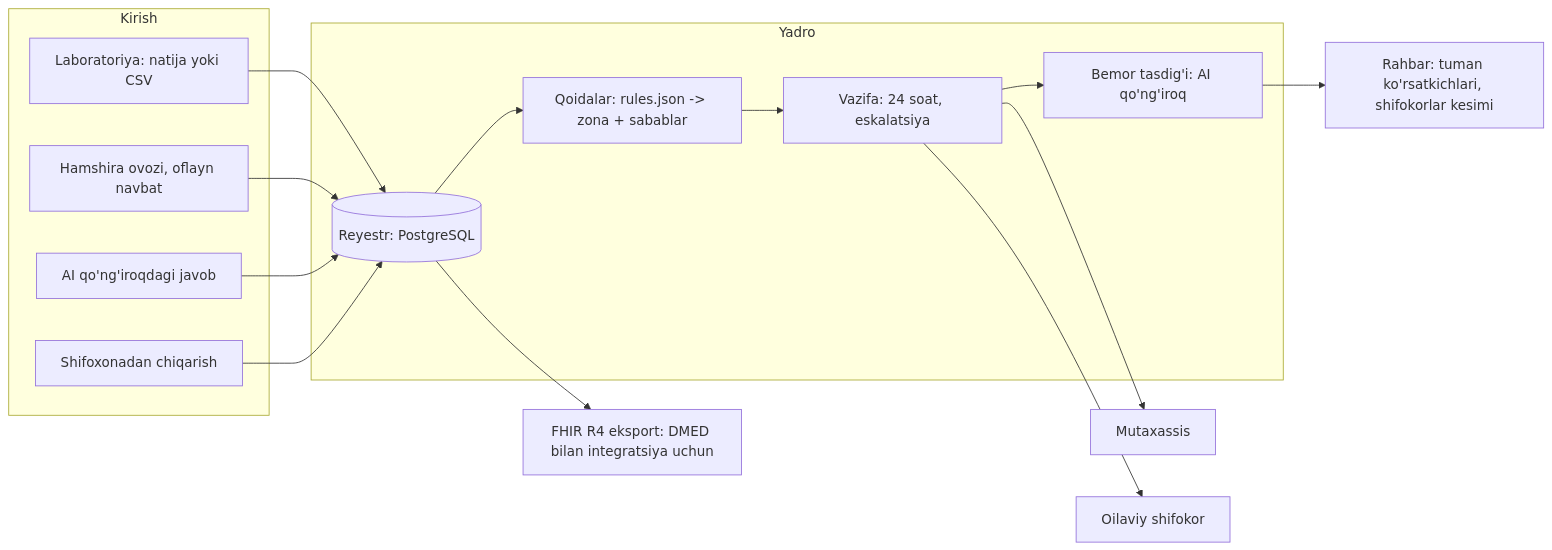
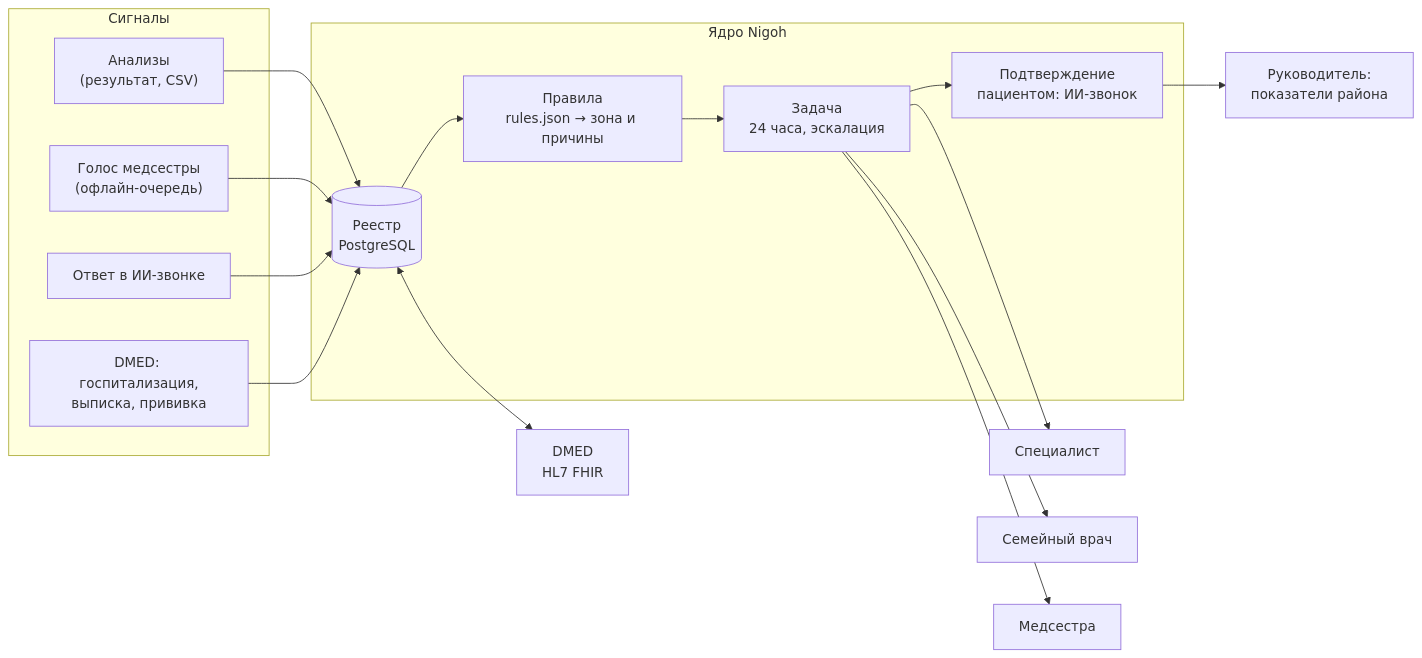
One commit to emilkadelaetsuuur/mehr-ai changed the diagram in README.md. Above: the diagram before and after it, drawn with Mermaid. The commit also changed other lines of this file and 14 other files, not shown here.

````diff
--- a/README.md
+++ b/README.md
@@ -26,18 +56,18 @@
 ```mermaid
 flowchart LR
-  subgraph Kirish
-    L[Laboratoriya: natija yoki CSV]
-    V[Hamshira ovozi, oflayn navbat]
-    C[AI qo'ng'iroqdagi javob]
-    D[Shifoxonadan chiqarish]
+  subgraph IN["Сигналы"]
+    L["Анализы<br/>(результат, CSV)"]
+    V["Голос медсестры<br/>(офлайн-очередь)"]
+    C["Ответ в ИИ-звонке"]
+    D["DMED: госпитализация,<br/>выписка, прививка"]
   end
-  subgraph Yadro
-    R[(Reyestr: PostgreSQL)] --> Z[Qoidalar: rules.json -> zona + sabablar]
-    Z --> T[Vazifa: 24 soat, eskalatsiya]
-    T --> K[Bemor tasdig'i: AI qo'ng'iroq]
+  subgraph CORE["Ядро Nigoh"]
+    R[("Реестр<br/>PostgreSQL")] --> Z["Правила<br/>rules.json → зона и причины"]
+    Z --> T["Задача<br/>24 часа, эскалация"]
+    T --> K["Подтверждение<br/>пациентом: ИИ-звонок"]
   end
   L & V & C & D --> R
-  T --> M[Mutaxassis] & F[Oilaviy shifokor]
-  K --> B[Rahbar: tuman ko'rsatkichlari, shifokorlar kesimi]
-  R --> X[FHIR R4 eksport: DMED bilan integratsiya uchun]
+  T --> M["Специалист"] & F["Семейный врач"] & N["Медсестра"]
+  K --> B["Руководитель:<br/>показатели района"]
+  R <--> X["DMED<br/>HL7 FHIR"]
 ```
````
